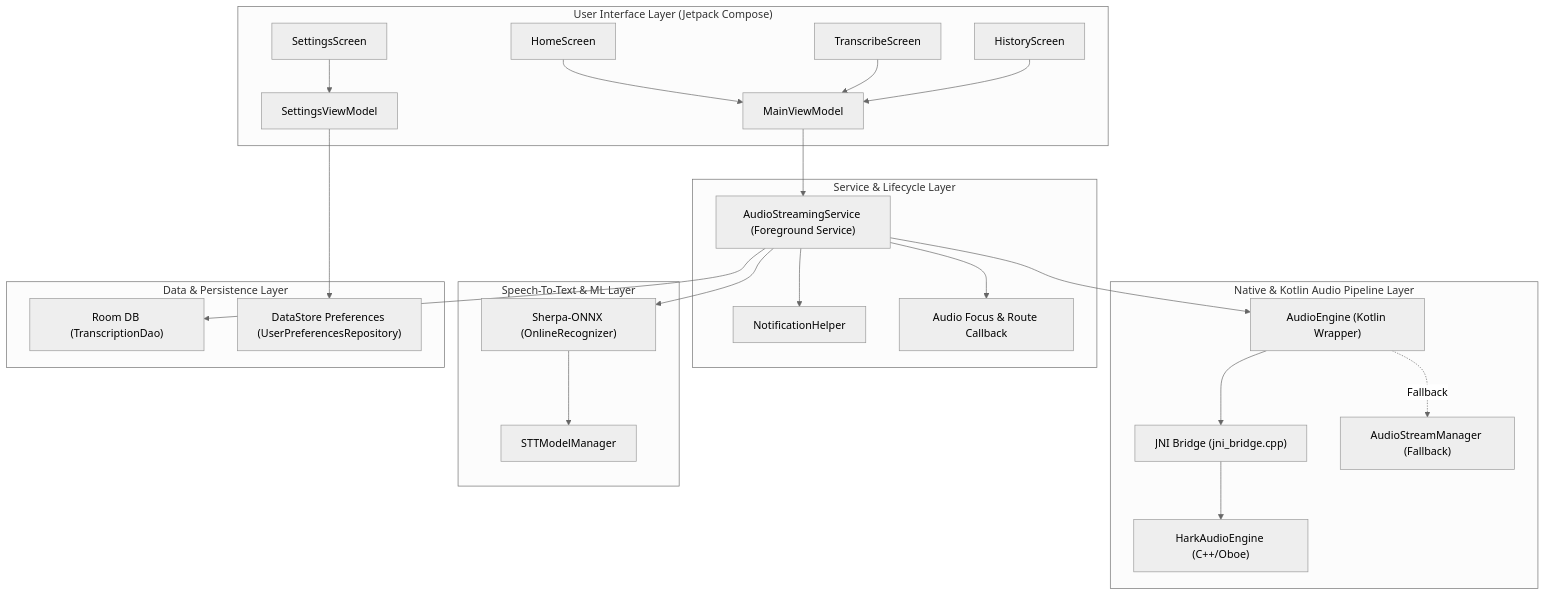
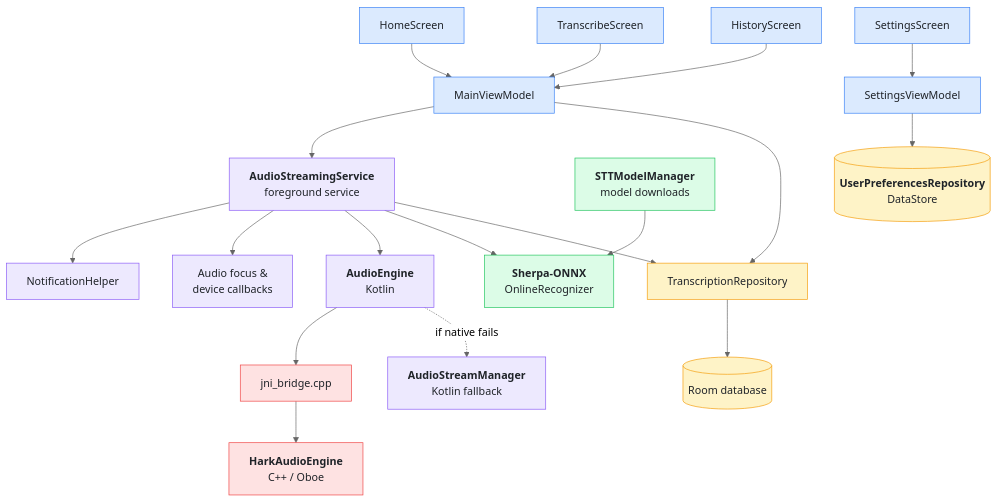
Before and after one commit to thivyan-studios/hark-app: the diagram in docs/ARCHITECTURE.md, drawn with Mermaid (neutral theme). The commit also changed other lines of this file and 4 other files, not shown here.

Commit message:
Version 26.11.13. Fixed overlapping text in the documentation diagrams, broken code links, and out-of-date details

````diff
--- a/docs/ARCHITECTURE.md
+++ b/docs/ARCHITECTURE.md
@@ -11,54 +11,49 @@
 ```mermaid
 flowchart TD
-    subgraph UI ["User Interface Layer (Jetpack Compose)"]
-        UI_Home["HomeScreen"]
-        UI_Transcribe["TranscribeScreen"]
-        UI_History["HistoryScreen"]
-        UI_Settings["SettingsScreen"]
-        VM_Main["MainViewModel"]
-        VM_Settings["SettingsViewModel"]
+    HOME["HomeScreen"]
+    TRANS["TranscribeScreen"]
+    HIST["HistoryScreen"]
+    SET["SettingsScreen"]
+    MVM["MainViewModel"]
+    SVM["SettingsViewModel"]
+    SVC["<b>AudioStreamingService</b><br/>foreground service"]
+    NOTIF["NotificationHelper"]
+    FOCUS["Audio focus &<br/>device callbacks"]
+    AE["<b>AudioEngine</b><br/>Kotlin"]
+    JNI["jni_bridge.cpp"]
+    HAE["<b>HarkAudioEngine</b><br/>C++ / Oboe"]
+    FB["<b>AudioStreamManager</b><br/>Kotlin fallback"]
+    SHERPA["<b>Sherpa-ONNX</b><br/>OnlineRecognizer"]
+    STTM["<b>STTModelManager</b><br/>model downloads"]
+    REPO["TranscriptionRepository"]
+    ROOM[("Room database")]
+    PREFS[("<b>UserPreferencesRepository</b><br/>DataStore")]
 
-        UI_Home --> VM_Main
-        UI_Transcribe --> VM_Main
-        UI_History --> VM_Main
-        UI_Settings --> VM_Settings
-    end
+    HOME --> MVM
+    TRANS --> MVM
+    HIST --> MVM
+    SET --> SVM
+    MVM --> SVC
+    MVM --> REPO
+    SVM --> PREFS
+    SVC --> NOTIF
+    SVC --> FOCUS
+    SVC --> AE
+    AE --> JNI --> HAE
+    AE -. "if native fails" .-> FB
+    SVC --> SHERPA
+    STTM --> SHERPA
+    SVC --> REPO --> ROOM
 
-    subgraph Service ["Service & Lifecycle Layer"]
-        SVC["AudioStreamingService (Foreground Service)"]
-        NOTIF["NotificationHelper"]
-        FOCUS["Audio Focus & Route Callback"]
-
-        SVC --> NOTIF
-        SVC --> FOCUS
-    end
-
-    subgraph Audio ["Native & Kotlin Audio Pipeline Layer"]
-        AE["AudioEngine (Kotlin Wrapper)"]
-        JNI["JNI Bridge (jni_bridge.cpp)"]
-        HAE["HarkAudioEngine (C++/Oboe)"]
-        FALLBACK["AudioStreamManager (Fallback)"]
-
-        AE --> JNI
-        JNI --> HAE
-        AE -.->|Fallback| FALLBACK
-    end
-
-    subgraph STT ["Speech-To-Text & ML Layer"]
-        SHERPA["Sherpa-ONNX (OnlineRecognizer)"]
-        STT_MGR["STTModelManager"]
-
-        SHERPA --> STT_MGR
-    end
-
-    subgraph Data ["Data & Persistence Layer"]
-        ROOM["Room DB (TranscriptionDao)"]
-        DS["DataStore Preferences (UserPreferencesRepository)"]
-    end
-
-    VM_Main --> SVC
-    VM_Settings --> DS
-    SVC --> AE
-    SVC --> SHERPA
-    SVC --> ROOM
+    classDef ui fill:#dbeafe,stroke:#3b82f6,color:#1f2328
+    classDef svc fill:#ede9fe,stroke:#8b5cf6,color:#1f2328
+    classDef native fill:#fee2e2,stroke:#ef4444,color:#1f2328
+    classDef ml fill:#dcfce7,stroke:#22c55e,color:#1f2328
+    classDef data fill:#fef3c7,stroke:#f59e0b,color:#1f2328
+    classDef io fill:#f3f4f6,stroke:#6b7280,color:#1f2328
+    class HOME,TRANS,HIST,SET,MVM,SVM ui
+    class SVC,NOTIF,FOCUS,AE,FB svc
+    class JNI,HAE native
+    class SHERPA,STTM ml
+    class REPO,ROOM,PREFS data
 ```
````
